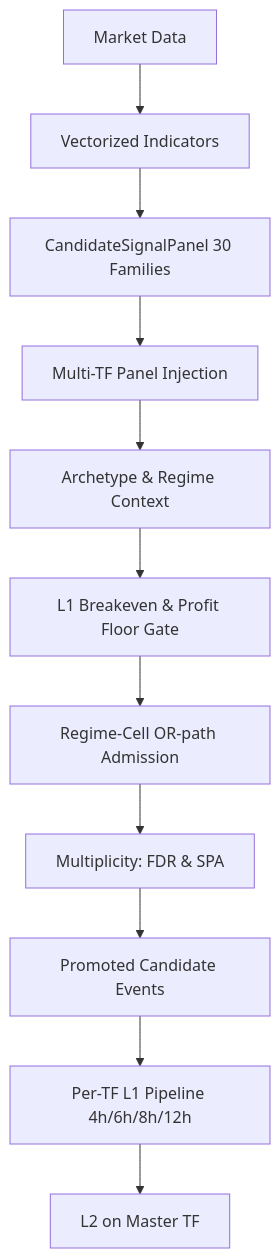
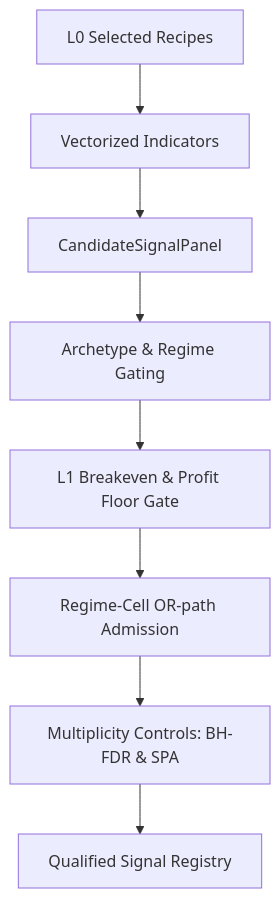
The diagram in docs/architecture/layer1.md (KTHYEONG/crypto-pilot), drawn with Mermaid before and after one commit. The commit also changed other lines of this file and 5 other files, not shown here.

````diff
--- a/docs/architecture/layer1.md
+++ b/docs/architecture/layer1.md
@@ -206,13 +86,10 @@
 ```mermaid
 graph TD
-    A[Market Data] --> B[Vectorized Indicators]
-    B --> C[CandidateSignalPanel 30 Families]
-    C --> C1[Multi-TF Panel Injection]
-    C1 --> D[Archetype & Regime Context]
+    A[L0 Selected Recipes] --> B[Vectorized Indicators]
+    B --> C[CandidateSignalPanel]
+    C --> D[Archetype & Regime Gating]
     D --> E[L1 Breakeven & Profit Floor Gate]
     E --> F[Regime-Cell OR-path Admission]
-    F --> G[Multiplicity: FDR & SPA]
-    G --> H[Promoted Candidate Events]
-    H --> I[Per-TF L1 Pipeline 4h/6h/8h/12h]
-    I --> J[L2 on Master TF]
+    F --> G[Multiplicity Controls: BH-FDR & SPA]
+    G --> H[Qualified Signal Registry]
 ```
````
